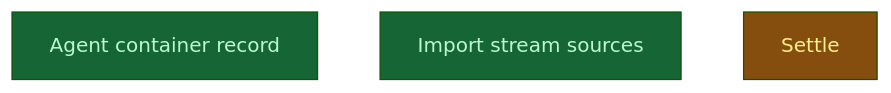
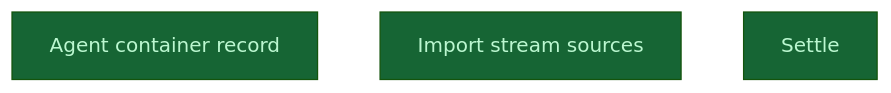
Before and after one commit to CrackingShells/Candler: the diagram in __roadmap__/v1-review-code-gaps/README.md, drawn with Mermaid (forest theme). The commit also changed other lines of this file and 2 other files, not shown here.

````diff
--- a/__roadmap__/v1-review-code-gaps/README.md
+++ b/__roadmap__/v1-review-code-gaps/README.md
@@ -52,11 +52,11 @@
 ```mermaid
 graph TD
     agent_container_record[Agent container record]:::done
     import_stream_sources[Import stream sources]:::done
-    settle[Settle]:::inprogress
+    settle[Settle]:::done
     classDef done       fill:#166534,color:#bbf7d0
     classDef inprogress fill:#854d0e,color:#fef08a
     classDef planned    fill:#374151,color:#e5e7eb
     classDef amendment  fill:#1e3a5f,color:#bfdbfe
     classDef blocked    fill:#7f1d1d,color:#fecaca
 ```
````
